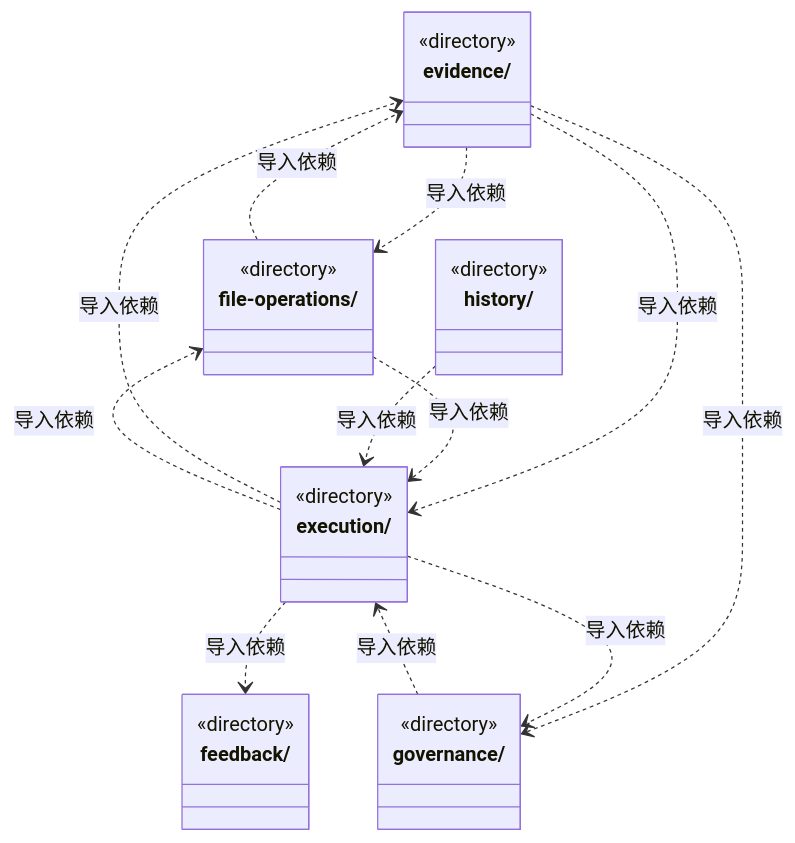
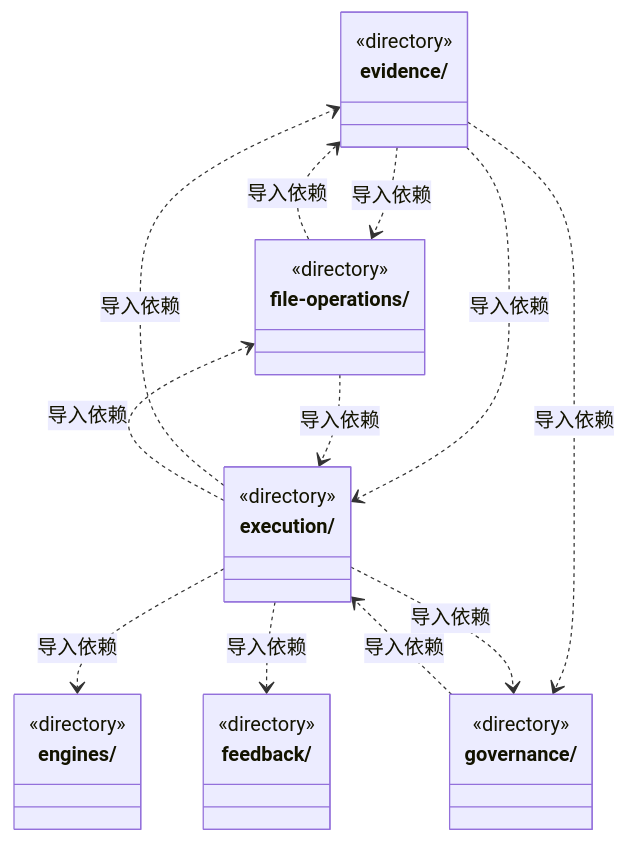
Before and after one commit to nan023062/cbim: the second of 5 diagrams in src/logic/ARCHITECTURE.md, drawn with Mermaid. The commit also changed other lines of this file and 131 other files, not shown here.

````diff
--- a/src/logic/ARCHITECTURE.md
+++ b/src/logic/ARCHITECTURE.md
@@ -47,32 +47,32 @@
 ```mermaid
 classDiagram
+class N_src_logic_engines["engines/"] {
+  <<directory>>
+}
 class N_src_logic_evidence["evidence/"] {
   <<directory>>
 }
 class N_src_logic_execution["execution/"] {
   <<directory>>
 }
 class N_src_logic_feedback["feedback/"] {
   <<directory>>
 }
 class N_src_logic_file_operations["file-operations/"] {
   <<directory>>
 }
 class N_src_logic_governance["governance/"] {
   <<directory>>
 }
-class N_src_logic_history["history/"] {
-  <<directory>>
-}
 N_src_logic_evidence ..> N_src_logic_file_operations : 导入依赖
 N_src_logic_evidence ..> N_src_logic_execution : 导入依赖
 N_src_logic_evidence ..> N_src_logic_governance : 导入依赖
+N_src_logic_execution ..> N_src_logic_engines : 导入依赖
 N_src_logic_execution ..> N_src_logic_evidence : 导入依赖
 N_src_logic_execution ..> N_src_logic_file_operations : 导入依赖
 N_src_logic_execution ..> N_src_logic_feedback : 导入依赖
 N_src_logic_execution ..> N_src_logic_governance : 导入依赖
 N_src_logic_file_operations ..> N_src_logic_evidence : 导入依赖
 N_src_logic_file_operations ..> N_src_logic_execution : 导入依赖
 N_src_logic_governance ..> N_src_logic_execution : 导入依赖
-N_src_logic_history ..> N_src_logic_execution : 导入依赖
 ```
````
